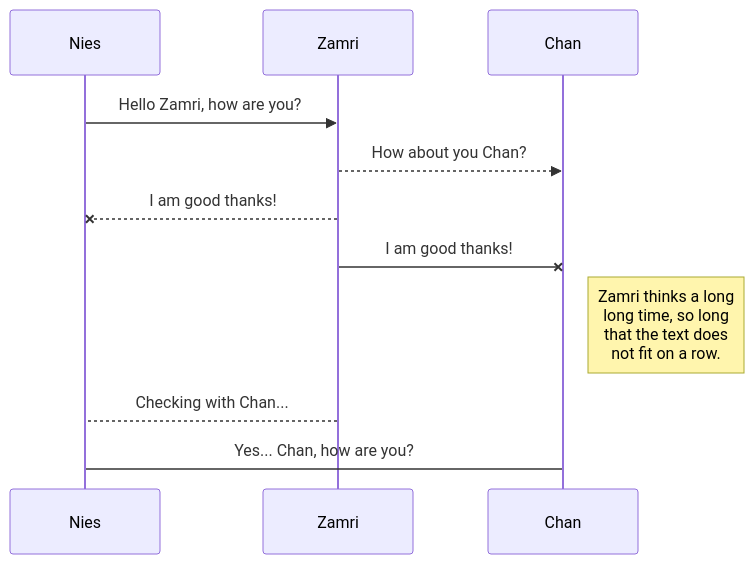
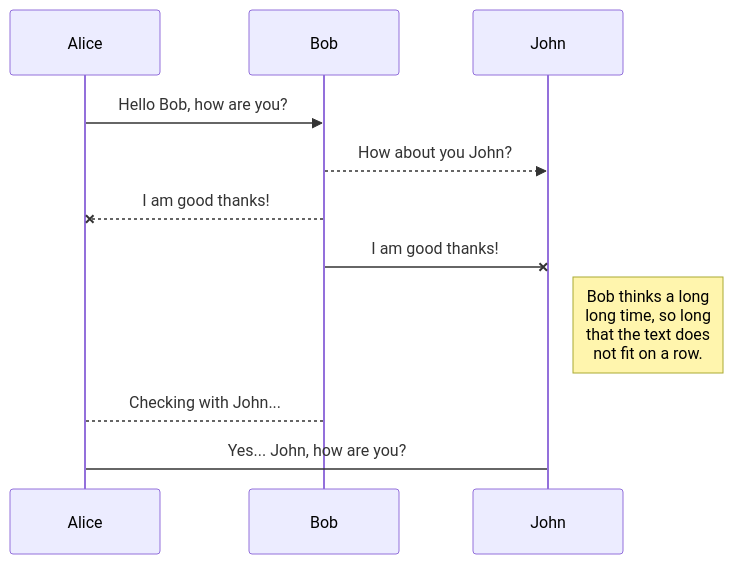
One commit to drshahizan/learn-github changed the first of 2 diagrams in exercise/cwenghowe/uml.md. Above: the diagram before and after it, drawn with Mermaid. The commit also changed other lines of this file, not shown here.

````diff
--- a/exercise/cwenghowe/uml.md
+++ b/exercise/cwenghowe/uml.md
@@ -5,11 +5,11 @@
 ```mermaid
 sequenceDiagram
-Nies ->> Zamri: Hello Zamri, how are you?
-Zamri-->>Chan: How about you Chan?
-Zamri--x Nies: I am good thanks!
-Zamri-x Chan: I am good thanks!
-Note right of Chan: Zamri thinks a long<br/>long time, so long<br/>that the text does<br/>not fit on a row.
+Alice ->> Bob: Hello Bob, how are you?
+Bob-->>John: How about you John?
+Bob--x Alice: I am good thanks!
+Bob-x John: I am good thanks!
+Note right of John: Bob thinks a long<br/>long time, so long<br/>that the text does<br/>not fit on a row.
 
-Zamri-->Nies: Checking with Chan...
-Nies->Chan: Yes... Chan, how are you?
+Bob-->Alice: Checking with John...
+Alice->John: Yes... John, how are you?
 ```
````
